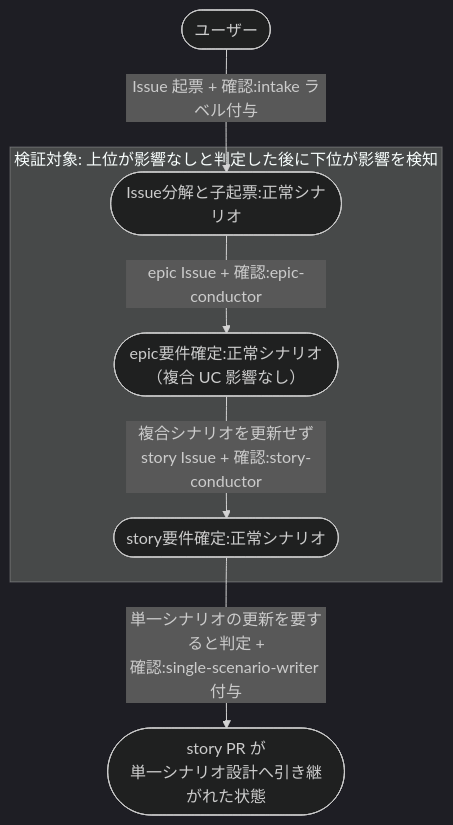
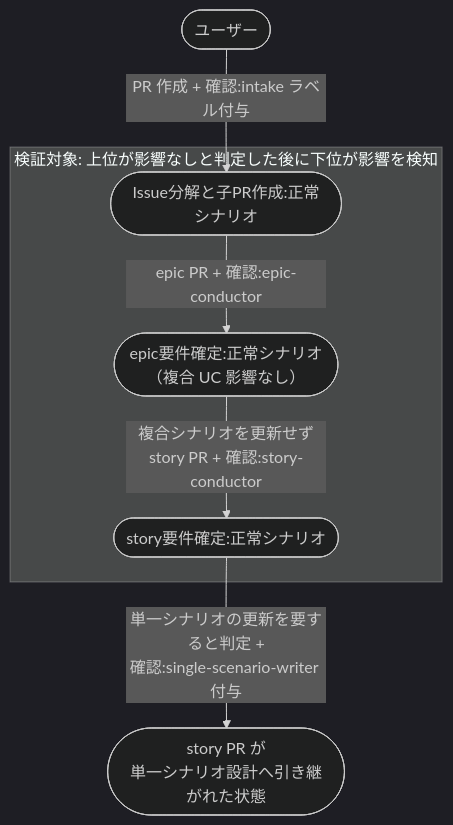
Before and after one commit to shuhei1101/ai-monitor: the second of 2 diagrams in docs/wiki/設計図/シナリオ/複合ユースケース/シナリオ影響なしのレイヤー通過.md, drawn with Mermaid (dark theme). The commit also changed other lines of this file and 256 other files, not shown here.

````diff
--- a/docs/wiki/設計図/シナリオ/複合ユースケース/シナリオ影響なしのレイヤー通過.md
+++ b/docs/wiki/設計図/シナリオ/複合ユースケース/シナリオ影響なしのレイヤー通過.md
@@ -81,15 +81,15 @@
 ```mermaid
 flowchart TD
-  U0([ユーザー]) -->|Issue 起票 + 確認:intake ラベル付与| UC1
+  U0([ユーザー]) -->|PR 作成 + 確認:intake ラベル付与| UC1
 
   subgraph FOCUS["検証対象: 上位が影響なしと判定した後に下位が影響を検知"]
-    UC1([Issue分解と子起票:正常シナリオ]) -->|epic Issue + 確認:epic-conductor| UC2([epic要件確定:正常シナリオ<br>（複合 UC 影響なし）])
-    UC2 -->|複合シナリオを更新せず<br>story Issue + 確認:story-conductor| UC3([story要件確定:正常シナリオ])
+    UC1([Issue分解と子PR作成:正常シナリオ]) -->|epic PR + 確認:epic-conductor| UC2([epic要件確定:正常シナリオ<br>（複合 UC 影響なし）])
+    UC2 -->|複合シナリオを更新せず<br>story PR + 確認:story-conductor| UC3([story要件確定:正常シナリオ])
   end
 
   UC3 -->|単一シナリオの更新を要すると判定 +<br>確認:single-scenario-writer 付与| DONE([story PR が<br>単一シナリオ設計へ引き継がれた状態])
 
-  click UC1 "../単一ユースケース/Issue分解と子起票.md#正常シナリオ"
+  click UC1 "../単一ユースケース/Issue分解と子PR作成.md#正常シナリオ"
   click UC2 "../単一ユースケース/epic要件確定.md#正常シナリオ確認事項なし"
   click UC3 "../単一ユースケース/story要件確定.md#正常シナリオ"
 ```
````
